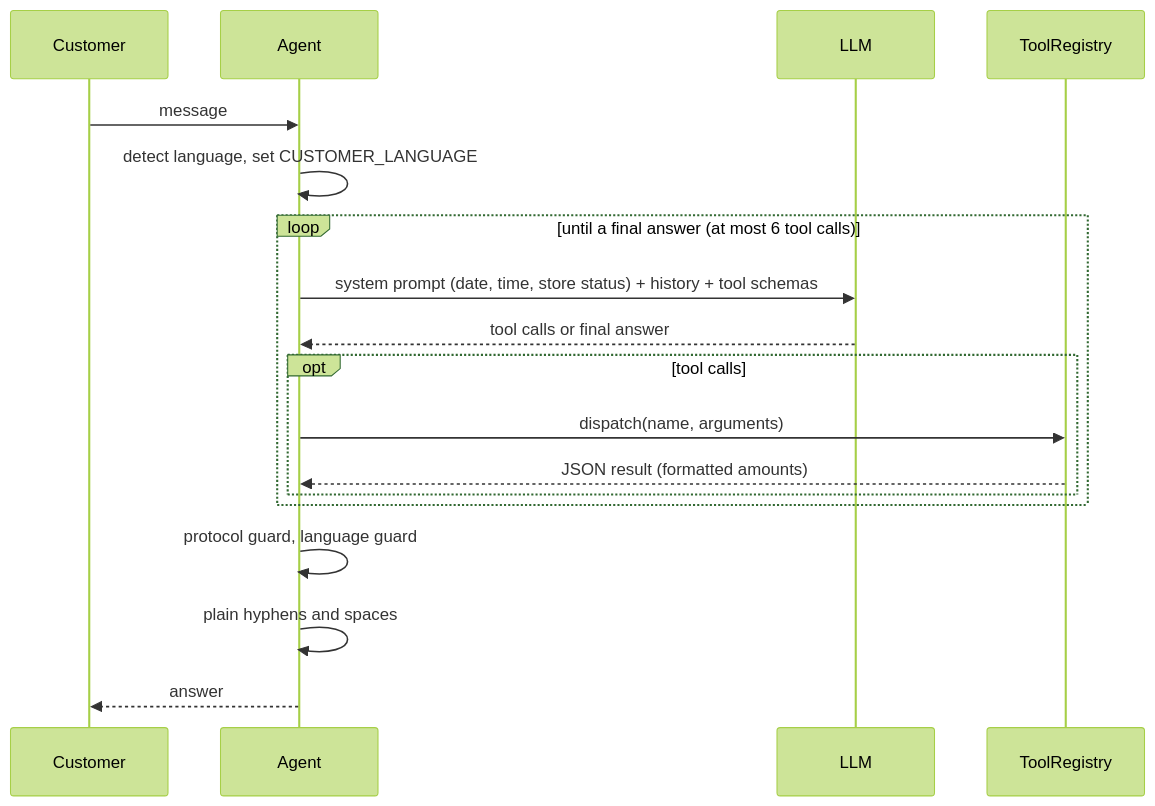
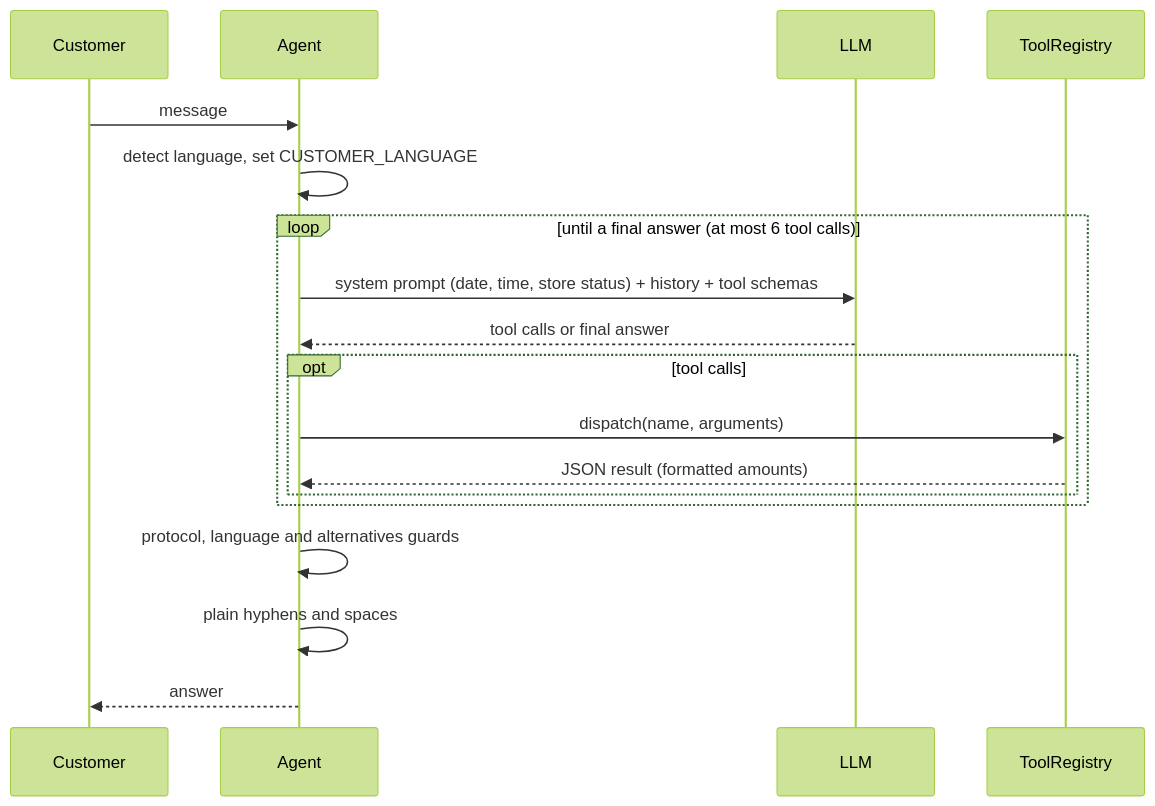
Before and after one commit to edyoCampos/mel: the diagram in docs/architecture.md, drawn with Mermaid (forest theme). The commit also changed other lines of this file and 4 other files, not shown here.

First line of the commit message:
docs: final results 15/15 with the alternatives guard and the name lookup fix

````diff
--- a/docs/architecture.md
+++ b/docs/architecture.md
@@ -40,20 +40,20 @@
 ```mermaid
 sequenceDiagram
     participant C as Customer
     participant A as Agent
     participant L as LLM
     participant T as ToolRegistry
     C->>A: message
     A->>A: detect language, set CUSTOMER_LANGUAGE
     loop until a final answer (at most 6 tool calls)
         A->>L: system prompt (date, time, store status) + history + tool schemas
         L-->>A: tool calls or final answer
         opt tool calls
             A->>T: dispatch(name, arguments)
             T-->>A: JSON result (formatted amounts)
         end
     end
-    A->>A: protocol guard, language guard
+    A->>A: protocol, language and alternatives guards
     A->>A: plain hyphens and spaces
     A-->>C: answer
 ```
````
